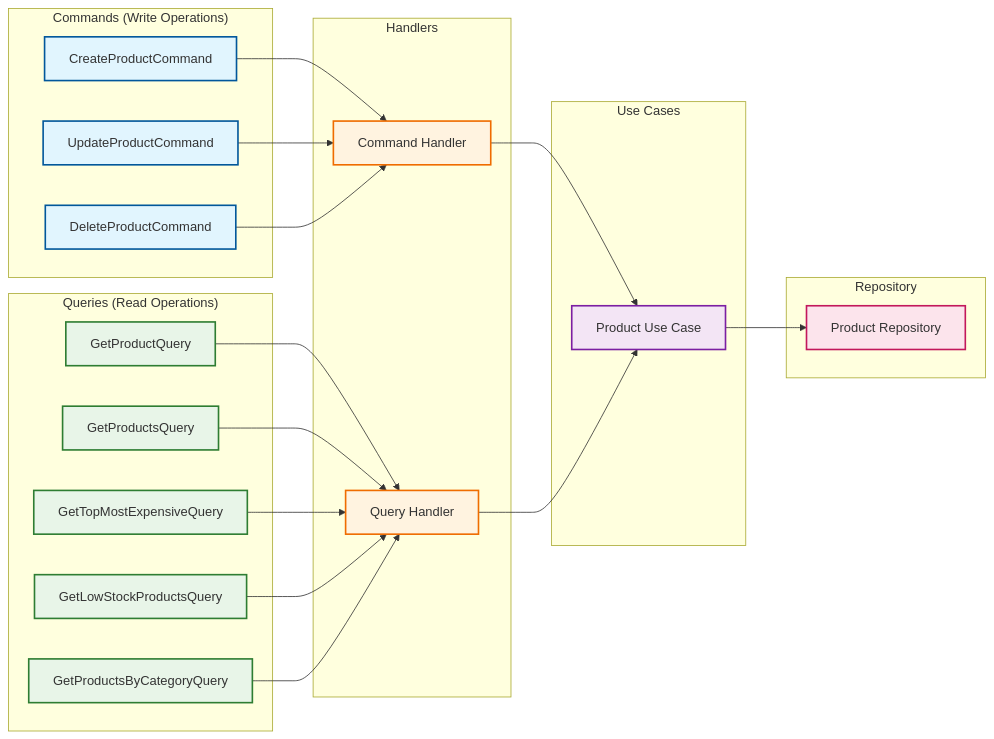
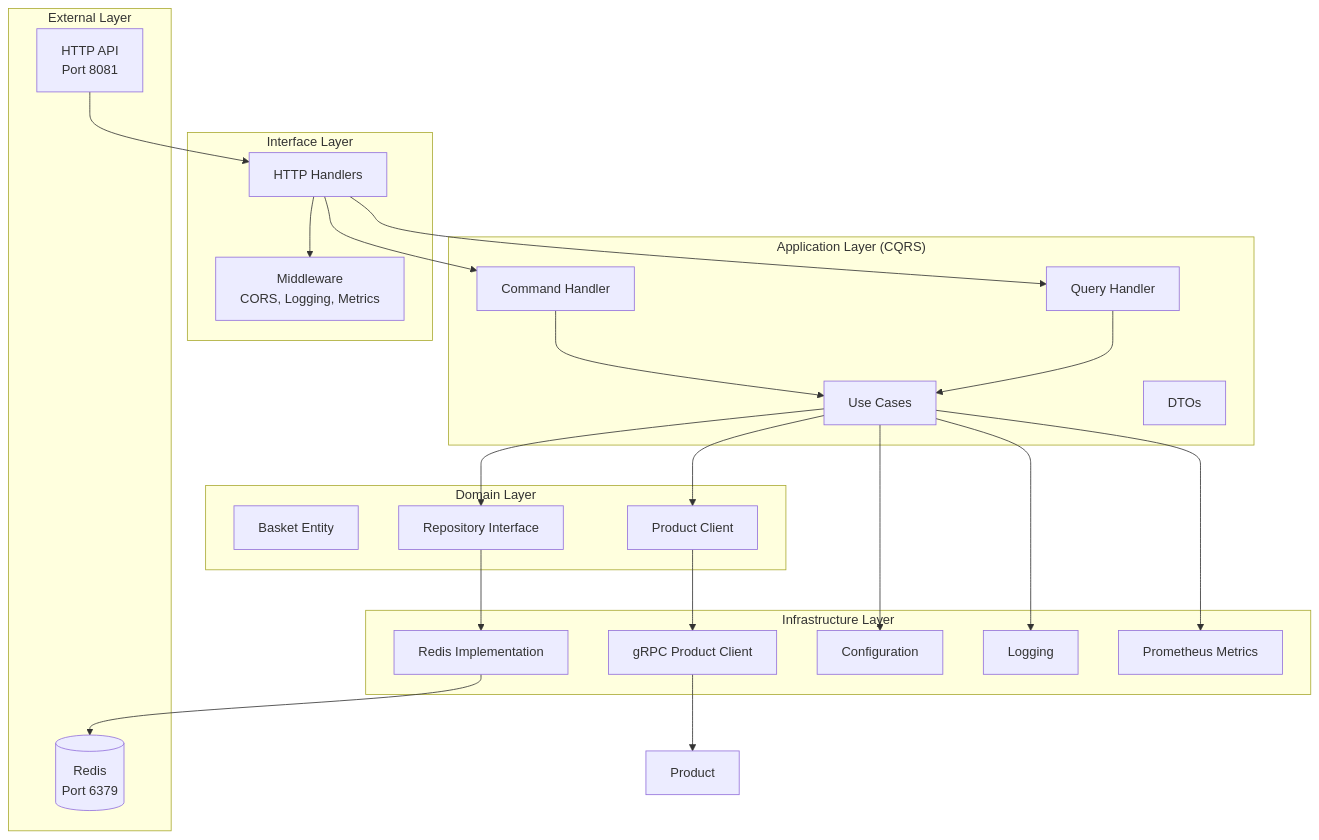
Before and after one commit to ozturkeniss/obs-tools-usage: the third of 3 diagrams in README.md, drawn with Mermaid. The commit also changed other lines of this file, not shown here.

First line of the commit message:
Enhance README.md with detailed architecture and API information

````diff
--- a/README.md
+++ b/README.md
@@ -85,55 +115,54 @@
 ```mermaid
-graph LR
-    subgraph "Commands (Write Operations)"
-        CreateCmd[CreateProductCommand]
-        UpdateCmd[UpdateProductCommand]
-        DeleteCmd[DeleteProductCommand]
+graph TB
+    subgraph "External Layer"
+        HTTP[HTTP API<br/>Port 8081]
+        Redis[(Redis<br/>Port 6379)]
     end
     
-    subgraph "Queries (Read Operations)"
-        GetProduct[GetProductQuery]
-        GetProducts[GetProductsQuery]
-        GetTopExpensive[GetTopMostExpensiveQuery]
-        GetLowStock[GetLowStockProductsQuery]
-        GetByCategory[GetProductsByCategoryQuery]
+    subgraph "Interface Layer"
+        HTTPHandler[HTTP Handlers]
+        Middleware[Middleware<br/>CORS, Logging, Metrics]
     end
     
-    subgraph "Handlers"
-        CmdHandler[Command Handler]
+    subgraph "Application Layer (CQRS)"
+        CommandHandler[Command Handler]
         QueryHandler[Query Handler]
+        UseCase[Use Cases]
+        DTO[DTOs]
     end
     
-    subgraph "Use Cases"
-        ProductUseCase[Product Use Case]
+    subgraph "Domain Layer"
+        Entity[Basket Entity]
+        Repository[Repository Interface]
+        ProductClient[Product Client]
     end
     
-    subgraph "Repository"
-        ProductRepo[Product Repository]
+    subgraph "Infrastructure Layer"
+        RedisImpl[Redis Implementation]
+        GRPCClient[gRPC Product Client]
+        Config[Configuration]
+        Logger[Logging]
+        Metrics[Prometheus Metrics]
     end
     
-    CreateCmd --> CmdHandler
-    UpdateCmd --> CmdHandler
-    DeleteCmd --> CmdHandler
+    HTTP --> HTTPHandler
+    HTTPHandler --> Middleware
     
-    GetProduct --> QueryHandler
-    GetProducts --> QueryHandler
-    GetTopExpensive --> QueryHandler
-    GetLowStock --> QueryHandler
-    GetByCategory --> QueryHandler
+    HTTPHandler --> CommandHandler
+    HTTPHandler --> QueryHandler
     
-    CmdHandler --> ProductUseCase
-    QueryHandler --> ProductUseCase
-    ProductUseCase --> ProductRepo
+    CommandHandler --> UseCase
+    QueryHandler --> UseCase
+    UseCase --> Repository
+    UseCase --> ProductClient
     
-    classDef command fill:#e1f5fe,stroke:#01579b,stroke-width:2px
-    classDef query fill:#e8f5e8,stroke:#2e7d32,stroke-width:2px
-    classDef handler fill:#fff3e0,stroke:#ef6c00,stroke-width:2px
-    classDef usecase fill:#f3e5f5,stroke:#7b1fa2,stroke-width:2px
-    classDef repository fill:#fce4ec,stroke:#c2185b,stroke-width:2px
+    Repository --> RedisImpl
+    RedisImpl --> Redis
     
-    class CreateCmd,UpdateCmd,DeleteCmd command
-    class GetProduct,GetProducts,GetTopExpensive,GetLowStock,GetByCategory query
-    class CmdHandler,QueryHandler handler
-    class ProductUseCase usecase
-    class ProductRepo repository
+    ProductClient --> GRPCClient
+    GRPCClient --> Product
+    
+    UseCase --> Config
+    UseCase --> Logger
+    UseCase --> Metrics
 ```
````
